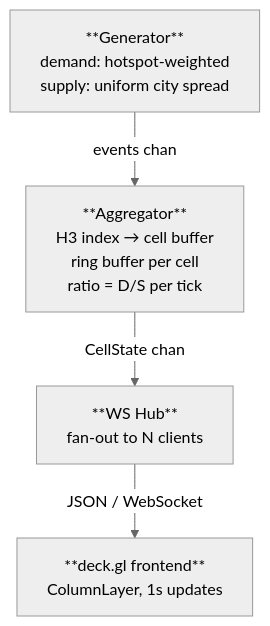
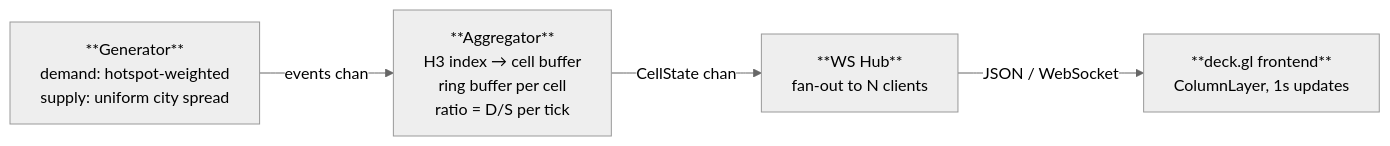
The diagram in README.md (alpercitak/surgemap), drawn with Mermaid (neutral theme) before and after one commit. The commit also changed other lines of this file, not shown here.

````diff
--- a/README.md
+++ b/README.md
@@ -45,21 +45,21 @@
 ```mermaid
-flowchart TD
+flowchart LR
     G["**Generator**
     demand: hotspot-weighted
     supply: uniform city spread"]
 
     A["**Aggregator**
     H3 index → cell buffer
     ring buffer per cell
     ratio = D/S per tick"]
 
     W["**WS Hub**
     fan-out to N clients"]
 
     F["**deck.gl frontend**
     ColumnLayer, 1s updates"]
 
     G -->|events chan| A
     A -->|CellState chan| W
     W -->|JSON / WebSocket| F
 ```
````
